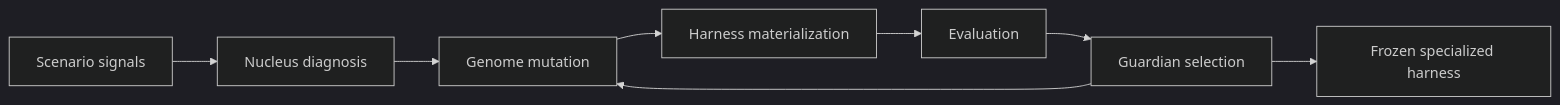
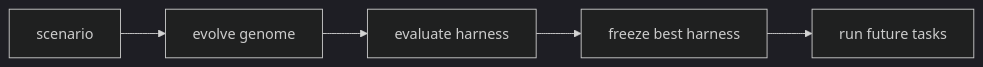
Before and after one commit to TUe-Ray/stem_agent: the diagram in README.md, drawn with Mermaid (dark theme). The commit also changed other lines of this file, not shown here.

````diff
--- a/README.md
+++ b/README.md
@@ -11,10 +9,7 @@
 ```mermaid
 flowchart LR
-  A["Scenario signals"] --> B["Nucleus diagnosis"]
-  B --> C["Genome mutation"]
-  C --> D["Harness materialization"]
-  D --> E["Evaluation"]
-  E --> F["Guardian selection"]
-  F --> C
-  F --> G["Frozen specialized harness"]
+  A["scenario"] --> B["evolve genome"]
+  B --> C["evaluate harness"]
+  C --> D["freeze best harness"]
+  D --> E["run future tasks"]
 ```
````
